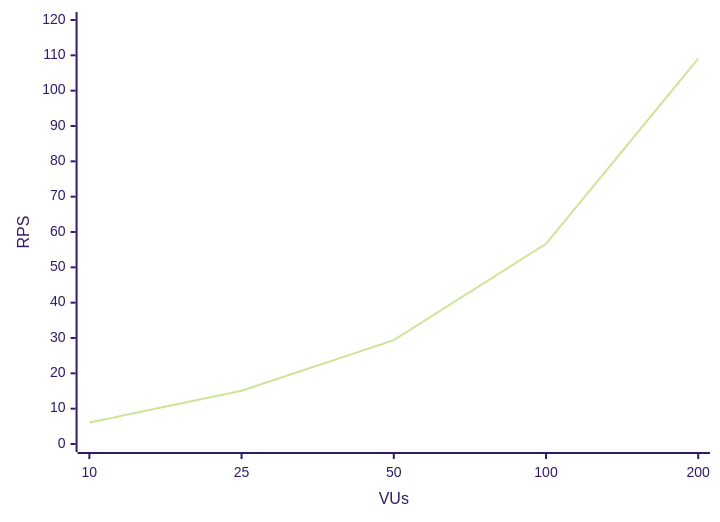
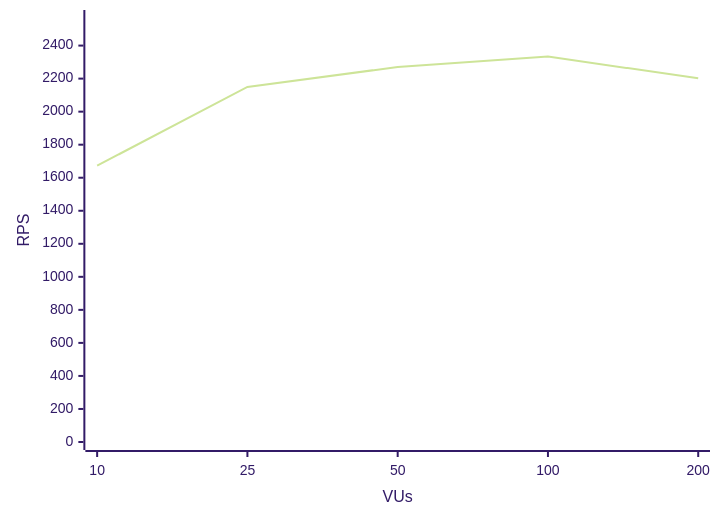
The third of 4 diagrams in docs/lab5-read.md (LYarmoliuk/OnlineTesting), drawn with Mermaid (forest theme) before and after one commit. The commit also changed other lines of this file and 52 other files, not shown here.

````diff
--- a/docs/lab5-read.md
+++ b/docs/lab5-read.md
@@ -38,6 +38,6 @@
 ```mermaid
 xychart-beta
   x-axis VUs [10, 25, 50, 100, 200]
-  y-axis RPS 0 --> 120
-  line [6.07, 15.06, 29.4, 56.67, 109.04]
+  y-axis RPS 0 --> 2567
+  line [1672.89, 2149.84, 2270.47, 2333.49, 2201.98]
 ```
````
